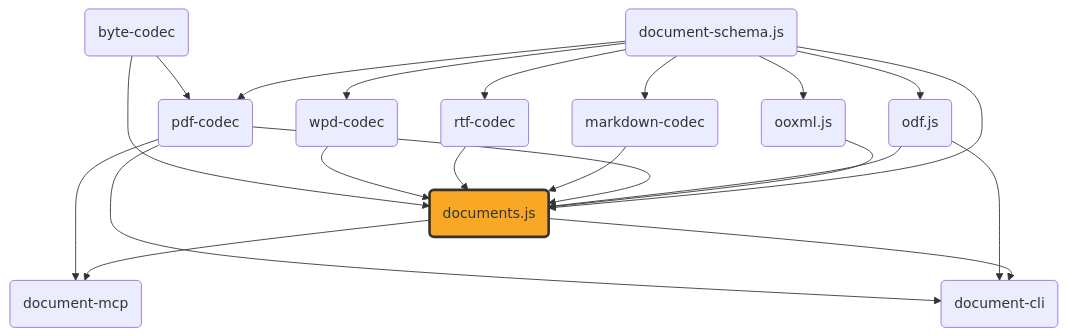
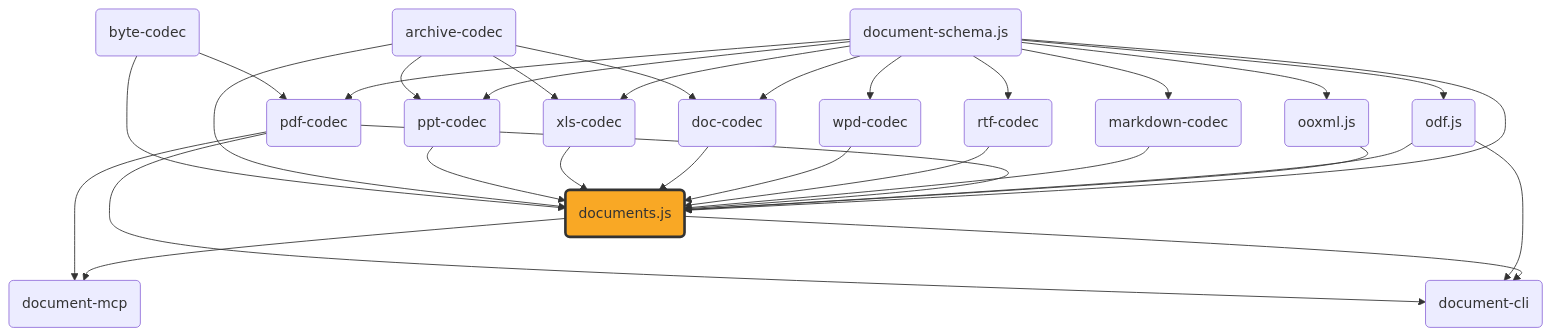
Before and after one commit to ExaDev/documents.js: the diagram in packages/documents.js/README.md, drawn with Mermaid. The commit also changed other lines of this file and 17 other files, not shown here.

First line of the commit message:
feat(documents.js): wire doc/xls/ppt into the DocumentFormat enum and composition engine

````diff
--- a/packages/documents.js/README.md
+++ b/packages/documents.js/README.md
@@ -9,49 +9,67 @@
 ```mermaid
 graph TD
     schema("document-schema.js")
     ooxml("ooxml.js")
     odf("odf.js")
     pdfcodec("pdf-codec")
     mdcodec("markdown-codec")
     rtfcodec("rtf-codec")
     wpdcodec("wpd-codec")
+    doccodec("doc-codec")
+    xlscodec("xls-codec")
+    pptcodec("ppt-codec")
+    archivecodec("archive-codec")
     bytecodec("byte-codec")
     documents("documents.js")
     mcp("document-mcp")
     cli("document-cli")
 
     schema --> ooxml
     schema --> odf
     schema --> pdfcodec
     schema --> mdcodec
     schema --> rtfcodec
     schema --> wpdcodec
+    schema --> doccodec
+    schema --> xlscodec
+    schema --> pptcodec
     schema --> documents
     ooxml --> documents
     odf --> documents
     pdfcodec --> documents
     mdcodec --> documents
     rtfcodec --> documents
     wpdcodec --> documents
+    doccodec --> documents
+    xlscodec --> documents
+    pptcodec --> documents
+    archivecodec --> doccodec
+    archivecodec --> xlscodec
+    archivecodec --> pptcodec
+    archivecodec --> documents
     bytecodec --> pdfcodec
     bytecodec --> documents
     documents --> mcp
     pdfcodec --> mcp
     documents --> cli
     odf --> cli
     pdfcodec --> cli
 
     click schema "https://github.com/ExaDev/documents.js/tree/main/packages/document-schema.js" "document-schema.js"
     click ooxml "https://github.com/ExaDev/documents.js/tree/main/packages/ooxml.js" "ooxml.js"
     click odf "https://github.com/ExaDev/documents.js/tree/main/packages/odf.js" "odf.js"
     click pdfcodec "https://github.com/ExaDev/documents.js/tree/main/packages/pdf-codec" "pdf-codec"
     click mdcodec "https://github.com/ExaDev/documents.js/tree/main/packages/markdown-codec" "markdown-codec"
     click rtfcodec "https://github.com/ExaDev/documents.js/tree/main/packages/rtf-codec" "rtf-codec"
     click wpdcodec "https://github.com/ExaDev/documents.js/tree/main/packages/wpd-codec" "wpd-codec"
+    click doccodec "https://github.com/ExaDev/documents.js/tree/main/packages/doc-codec" "doc-codec"
+    click xlscodec "https://github.com/ExaDev/documents.js/tree/main/packages/xls-codec" "xls-codec"
+    click pptcodec "https://github.com/ExaDev/documents.js/tree/main/packages/ppt-codec" "ppt-codec"
+    click archivecodec "https://github.com/ExaDev/documents.js/tree/main/packages/archive-codec" "archive-codec"
     click bytecodec "https://github.com/ExaDev/documents.js/tree/main/packages/byte-codec" "byte-codec"
     click documents "https://github.com/ExaDev/documents.js" "documents.js"
     click mcp "https://github.com/ExaDev/documents.js/tree/main/packages/document-mcp" "document-mcp"
     click cli "https://github.com/ExaDev/documents.js/tree/main/packages/document-cli" "document-cli"
 
     style documents fill:#f9a825,stroke:#333,stroke-width:3px
 ```
````
